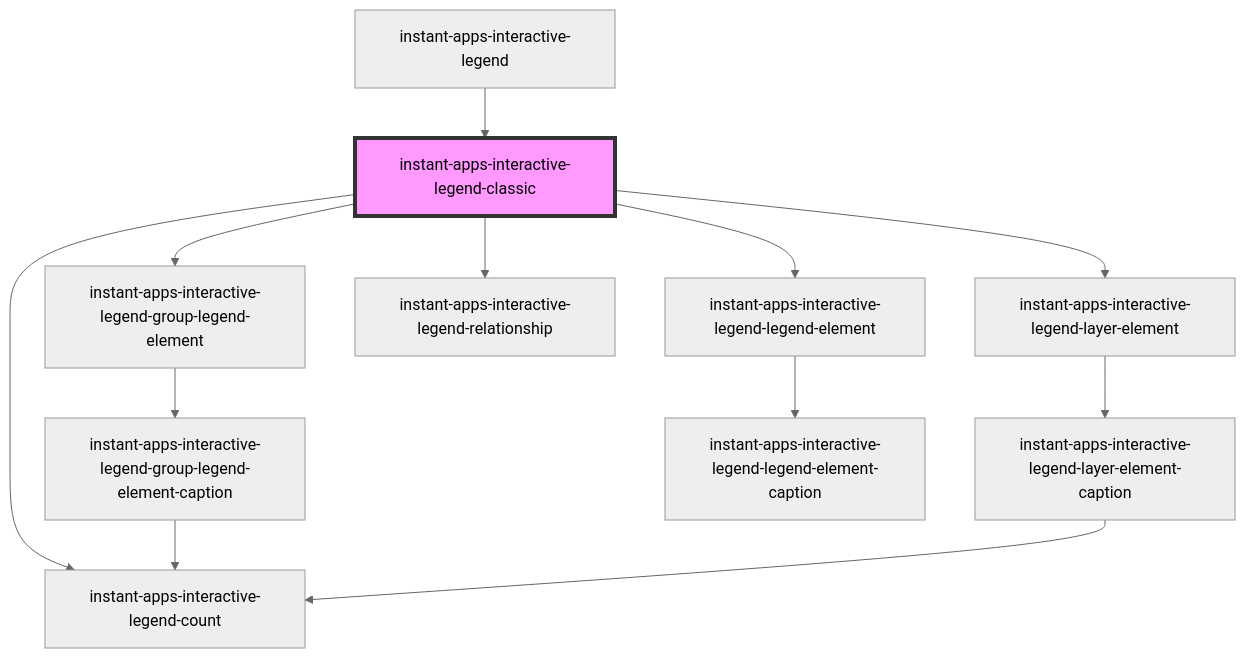
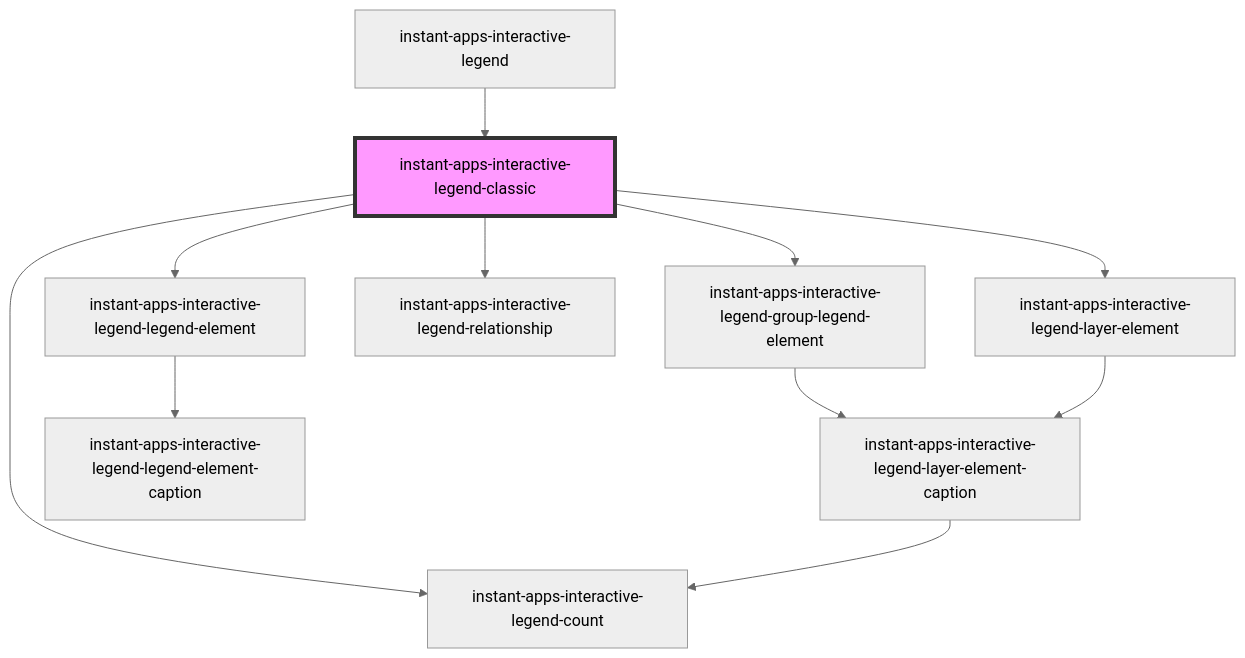
The diagram in src/components/instant-apps-interactive-legend/instant-apps-interactive-legend-classic/readme.md (Esri/instant-apps-components), drawn with Mermaid (neutral theme) before and after one commit. The commit also changed 7 other files, not shown here.

````diff
--- a/src/components/instant-apps-interactive-legend/instant-apps-interactive-legend-classic/readme.md
+++ b/src/components/instant-apps-interactive-legend/instant-apps-interactive-legend-classic/readme.md
@@ -32,15 +32,14 @@
 ```mermaid
 graph TD;
   instant-apps-interactive-legend-classic --> instant-apps-interactive-legend-group-legend-element
   instant-apps-interactive-legend-classic --> instant-apps-interactive-legend-layer-element
   instant-apps-interactive-legend-classic --> instant-apps-interactive-legend-relationship
   instant-apps-interactive-legend-classic --> instant-apps-interactive-legend-legend-element
   instant-apps-interactive-legend-classic --> instant-apps-interactive-legend-count
-  instant-apps-interactive-legend-group-legend-element --> instant-apps-interactive-legend-group-legend-element-caption
-  instant-apps-interactive-legend-group-legend-element-caption --> instant-apps-interactive-legend-count
+  instant-apps-interactive-legend-group-legend-element --> instant-apps-interactive-legend-layer-element-caption
+  instant-apps-interactive-legend-layer-element-caption --> instant-apps-interactive-legend-count
   instant-apps-interactive-legend-layer-element --> instant-apps-interactive-legend-layer-element-caption
-  instant-apps-interactive-legend-layer-element-caption --> instant-apps-interactive-legend-count
   instant-apps-interactive-legend-legend-element --> instant-apps-interactive-legend-legend-element-caption
   instant-apps-interactive-legend --> instant-apps-interactive-legend-classic
   style instant-apps-interactive-legend-classic fill:#f9f,stroke:#333,stroke-width:4px
 ```
````
